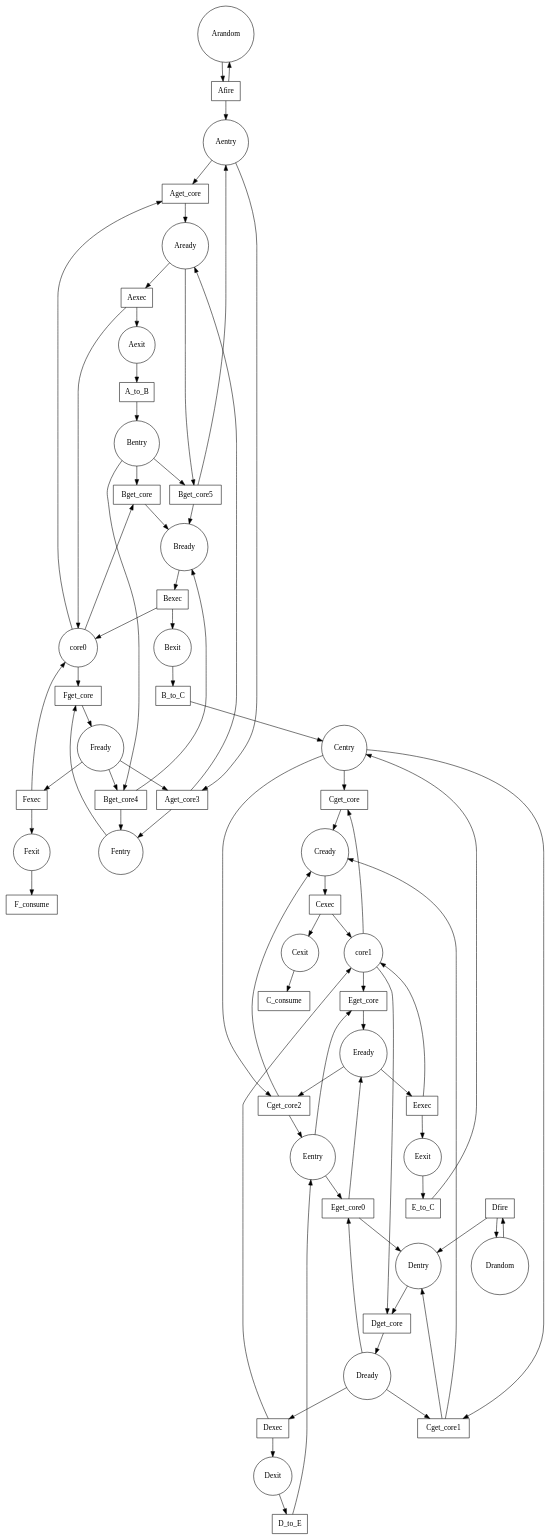
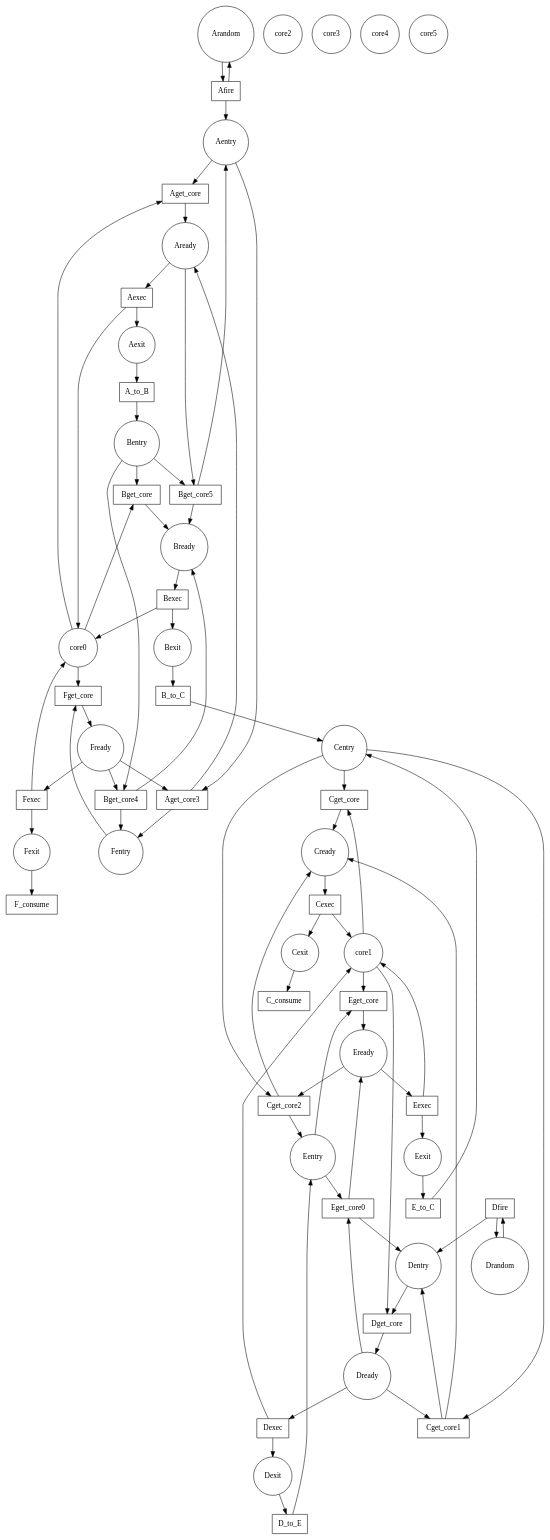
Before and after one commit to kevindadi/PPTPN: the diagram in example/ptpn_graph.dot, drawn with Graphviz. The commit also changed 30 other files, not shown here.

```diff
--- a/example/ptpn_graph.dot
+++ b/example/ptpn_graph.dot
@@ -1,126 +1,130 @@
 digraph G {
 Arandom [label=Arandom, shape=circle];
 Afire [label=Afire, shape=box];
 Aentry [label=Aentry, shape=circle];
 Aget_core [label=Aget_core, shape=box];
 Aready [label=Aready, shape=circle];
 Aexec [label=Aexec, shape=box];
 Aexit [label=Aexit, shape=circle];
 Bentry [label=Bentry, shape=circle];
 Bget_core [label=Bget_core, shape=box];
 Bready [label=Bready, shape=circle];
 Bexec [label=Bexec, shape=box];
 Bexit [label=Bexit, shape=circle];
 Centry [label=Centry, shape=circle];
 Cget_core [label=Cget_core, shape=box];
 Cready [label=Cready, shape=circle];
 Cexec [label=Cexec, shape=box];
 Cexit [label=Cexit, shape=circle];
 C_consume [label=C_consume, shape=box];
 Drandom [label=Drandom, shape=circle];
 Dfire [label=Dfire, shape=box];
 Dentry [label=Dentry, shape=circle];
 Dget_core [label=Dget_core, shape=box];
 Dready [label=Dready, shape=circle];
 Dexec [label=Dexec, shape=box];
 Dexit [label=Dexit, shape=circle];
 Eentry [label=Eentry, shape=circle];
 Eget_core [label=Eget_core, shape=box];
 Eready [label=Eready, shape=circle];
 Eexec [label=Eexec, shape=box];
 Eexit [label=Eexit, shape=circle];
 Fentry [label=Fentry, shape=circle];
 Fget_core [label=Fget_core, shape=box];
 Fready [label=Fready, shape=circle];
 Fexec [label=Fexec, shape=box];
 Fexit [label=Fexit, shape=circle];
 F_consume [label=F_consume, shape=box];
 A_to_B [label=A_to_B, shape=box];
 B_to_C [label=B_to_C, shape=box];
 D_to_E [label=D_to_E, shape=box];
 E_to_C [label=E_to_C, shape=box];
 Eget_core0 [label=Eget_core0, shape=box];
 Cget_core1 [label=Cget_core1, shape=box];
 Cget_core2 [label=Cget_core2, shape=box];
 Aget_core3 [label=Aget_core3, shape=box];
 Bget_core4 [label=Bget_core4, shape=box];
 Bget_core5 [label=Bget_core5, shape=box];
 core0 [label=core0, shape=circle];
 core1 [label=core1, shape=circle];
+core2 [label=core2, shape=circle];
+core3 [label=core3, shape=circle];
+core4 [label=core4, shape=circle];
+core5 [label=core5, shape=circle];
 Aentry->Aget_core  [label=""];
 Aget_core->Aready  [label=""];
 Aexec->Aexit  [label=""];
 Arandom->Afire  [label=""];
 Afire->Arandom  [label=""];
 Afire->Aentry  [label=""];
 Aready->Aexec  [label=""];
 Bentry->Bget_core  [label=""];
 Bget_core->Bready  [label=""];
 Bexec->Bexit  [label=""];
 Bready->Bexec  [label=""];
 Centry->Cget_core  [label=""];
 Cget_core->Cready  [label=""];
 Cexec->Cexit  [label=""];
 Cready->Cexec  [label=""];
 Cexit->C_consume  [label=""];
 Dentry->Dget_core  [label=""];
 Dget_core->Dready  [label=""];
 Dexec->Dexit  [label=""];
 Drandom->Dfire  [label=""];
 Dfire->Drandom  [label=""];
 Dfire->Dentry  [label=""];
 Dready->Dexec  [label=""];
 Eentry->Eget_core  [label=""];
 Eget_core->Eready  [label=""];
 Eexec->Eexit  [label=""];
 Eready->Eexec  [label=""];
 Fentry->Fget_core  [label=""];
 Fget_core->Fready  [label=""];
 Fexec->Fexit  [label=""];
 Fready->Fexec  [label=""];
 Fexit->F_consume  [label=""];
 Aexit->A_to_B  [label=""];
 A_to_B->Bentry  [label=""];
 Bexit->B_to_C  [label=""];
 B_to_C->Centry  [label=""];
 Dexit->D_to_E  [label=""];
 D_to_E->Eentry  [label=""];
 Eexit->E_to_C  [label=""];
 E_to_C->Centry  [label=""];
 Eentry->Eget_core0  [label=""];
 Dready->Eget_core0  [label=""];
 Eget_core0->Eready  [label=""];
 Eget_core0->Dentry  [label=""];
 Centry->Cget_core1  [label=""];
 Dready->Cget_core1  [label=""];
 Cget_core1->Cready  [label=""];
 Cget_core1->Dentry  [label=""];
 Centry->Cget_core2  [label=""];
 Eready->Cget_core2  [label=""];
 Cget_core2->Cready  [label=""];
 Cget_core2->Eentry  [label=""];
 Aentry->Aget_core3  [label=""];
 Fready->Aget_core3  [label=""];
 Aget_core3->Aready  [label=""];
 Aget_core3->Fentry  [label=""];
 Bentry->Bget_core4  [label=""];
 Fready->Bget_core4  [label=""];
 Bget_core4->Bready  [label=""];
 Bget_core4->Fentry  [label=""];
 Bentry->Bget_core5  [label=""];
 Aready->Bget_core5  [label=""];
 Bget_core5->Bready  [label=""];
 Bget_core5->Aentry  [label=""];
 core0->Aget_core  [label=""];
 Aexec->core0  [label=""];
 core0->Bget_core  [label=""];
 Bexec->core0  [label=""];
 core1->Cget_core  [label=""];
 Cexec->core1  [label=""];
 core1->Dget_core  [label=""];
 Dexec->core1  [label=""];
 core1->Eget_core  [label=""];
 Eexec->core1  [label=""];
 core0->Fget_core  [label=""];
 Fexec->core0  [label=""];
 }
```
